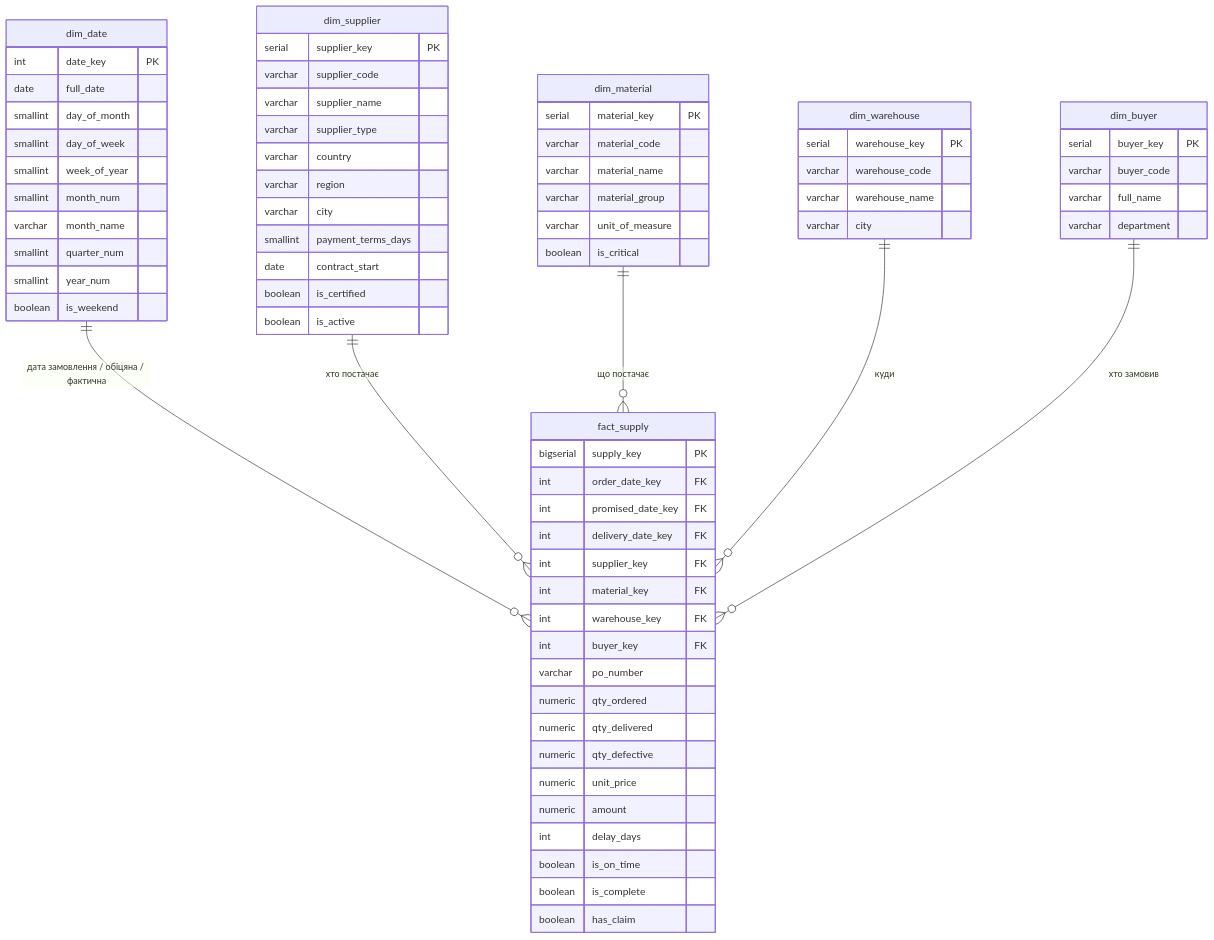
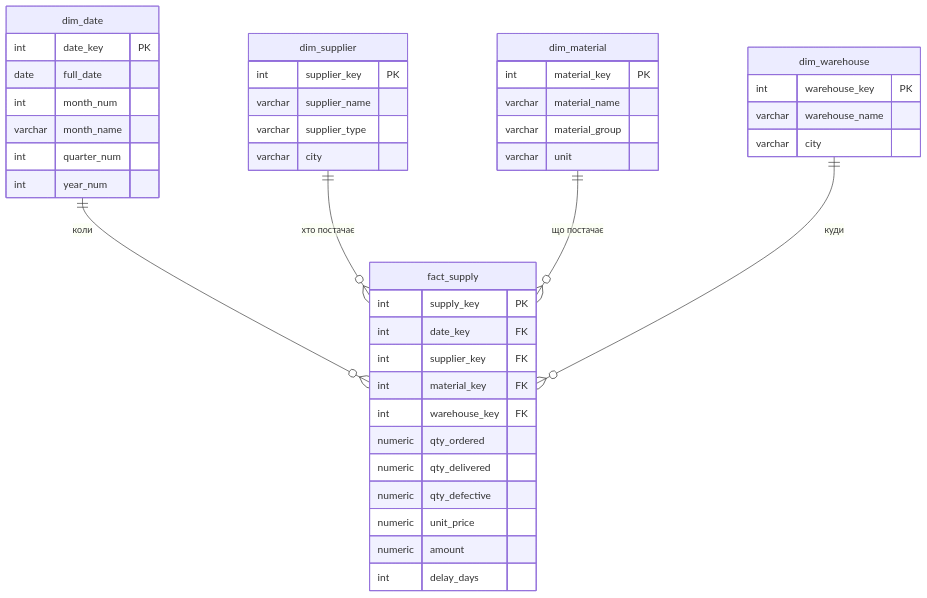
Before and after one commit to v-shtodler/mriks-lab5-suppliers-dw: the diagram in model/dw_star_schema.md, drawn with Mermaid. The commit also changed other lines of this file, not shown here.

Commit message:
Simplify star schema diagram: 4 dimensions

````diff
--- a/model/dw_star_schema.md
+++ b/model/dw_star_schema.md
@@ -5,74 +5,46 @@
 ```mermaid
 erDiagram
-    dim_date      ||--o{ fact_supply : "дата замовлення / обіцяна / фактична"
+    dim_date      ||--o{ fact_supply : "коли"
     dim_supplier  ||--o{ fact_supply : "хто постачає"
     dim_material  ||--o{ fact_supply : "що постачає"
     dim_warehouse ||--o{ fact_supply : "куди"
-    dim_buyer     ||--o{ fact_supply : "хто замовив"
 
     fact_supply {
-        bigserial supply_key PK
-        int order_date_key FK
-        int promised_date_key FK
-        int delivery_date_key FK
+        int supply_key PK
+        int date_key FK
         int supplier_key FK
         int material_key FK
         int warehouse_key FK
-        int buyer_key FK
-        varchar po_number
         numeric qty_ordered
         numeric qty_delivered
         numeric qty_defective
         numeric unit_price
         numeric amount
         int delay_days
-        boolean is_on_time
-        boolean is_complete
-        boolean has_claim
     }
     dim_date {
         int date_key PK
         date full_date
-        smallint day_of_month
-        smallint day_of_week
-        smallint week_of_year
-        smallint month_num
+        int month_num
         varchar month_name
-        smallint quarter_num
-        smallint year_num
-        boolean is_weekend
+        int quarter_num
+        int year_num
     }
     dim_supplier {
-        serial supplier_key PK
-        varchar supplier_code
+        int supplier_key PK
         varchar supplier_name
         varchar supplier_type
-        varchar country
-        varchar region
         varchar city
-        smallint payment_terms_days
-        date contract_start
-        boolean is_certified
-        boolean is_active
     }
     dim_material {
-        serial material_key PK
-        varchar material_code
+        int material_key PK
         varchar material_name
         varchar material_group
-        varchar unit_of_measure
-        boolean is_critical
+        varchar unit
     }
     dim_warehouse {
-        serial warehouse_key PK
-        varchar warehouse_code
+        int warehouse_key PK
         varchar warehouse_name
         varchar city
     }
-    dim_buyer {
-        serial buyer_key PK
-        varchar buyer_code
-        varchar full_name
-        varchar department
-    }
 ```
````
